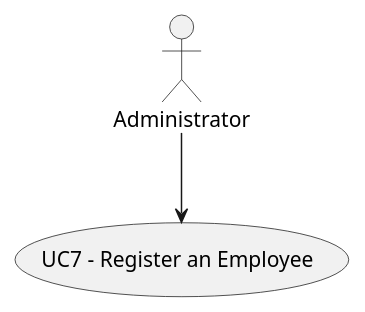
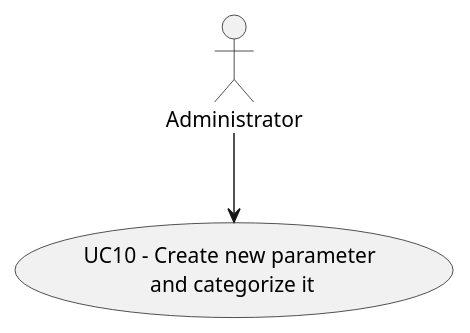
One commit to GuilhermeCunha79/lapr2 changed the diagram in docs/SprintB/US10/UC10_NewParameterAndCategorizeIt.puml. Above: the diagram before and after it, drawn with PlantUML. The commit also changed 10 other files, not shown here.

```diff
--- a/docs/SprintB/US10/UC10_NewParameterAndCategorizeIt.puml
+++ b/docs/SprintB/US10/UC10_NewParameterAndCategorizeIt.puml
@@ -1,6 +1,6 @@
 @startuml
-usecase "UC7 - Register an Employee" as UC7
+usecase "UC10 - Create new parameter\n and categorize it" as UC10
 actor admin as "Administrator"
 
-admin --> (UC7)
+admin --> (UC10)
 @enduml
```
